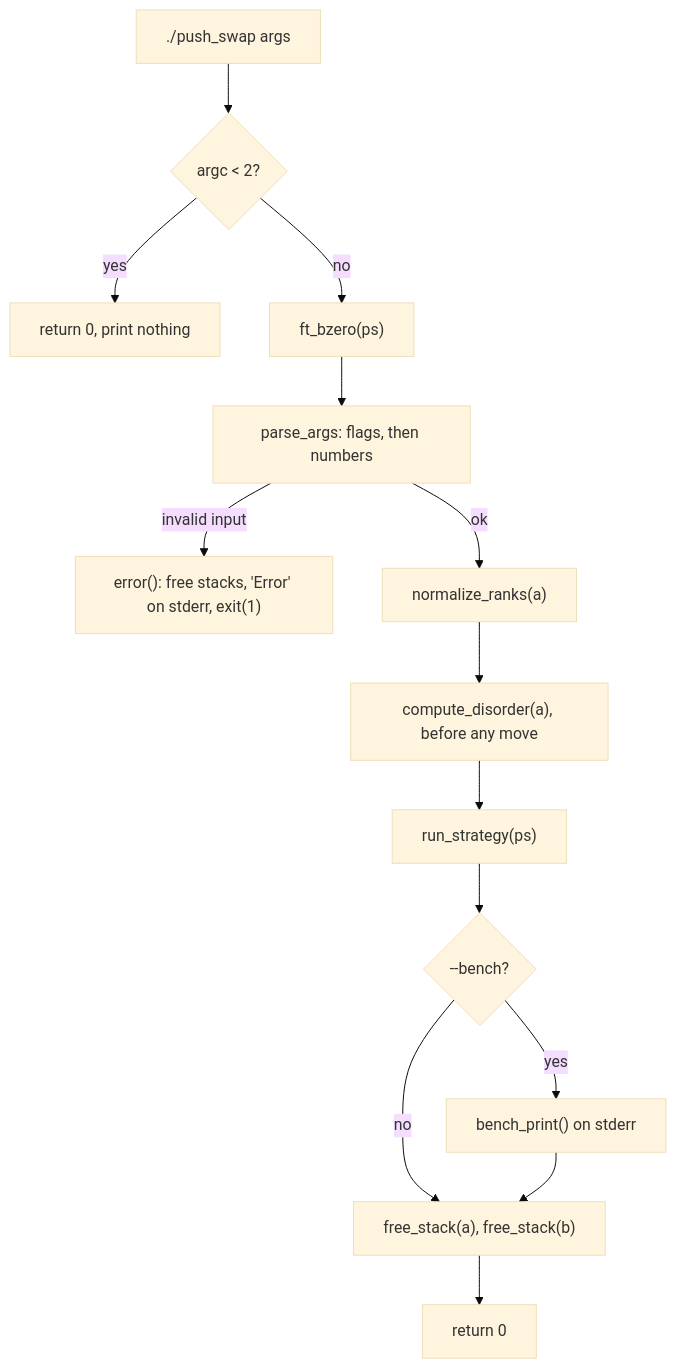
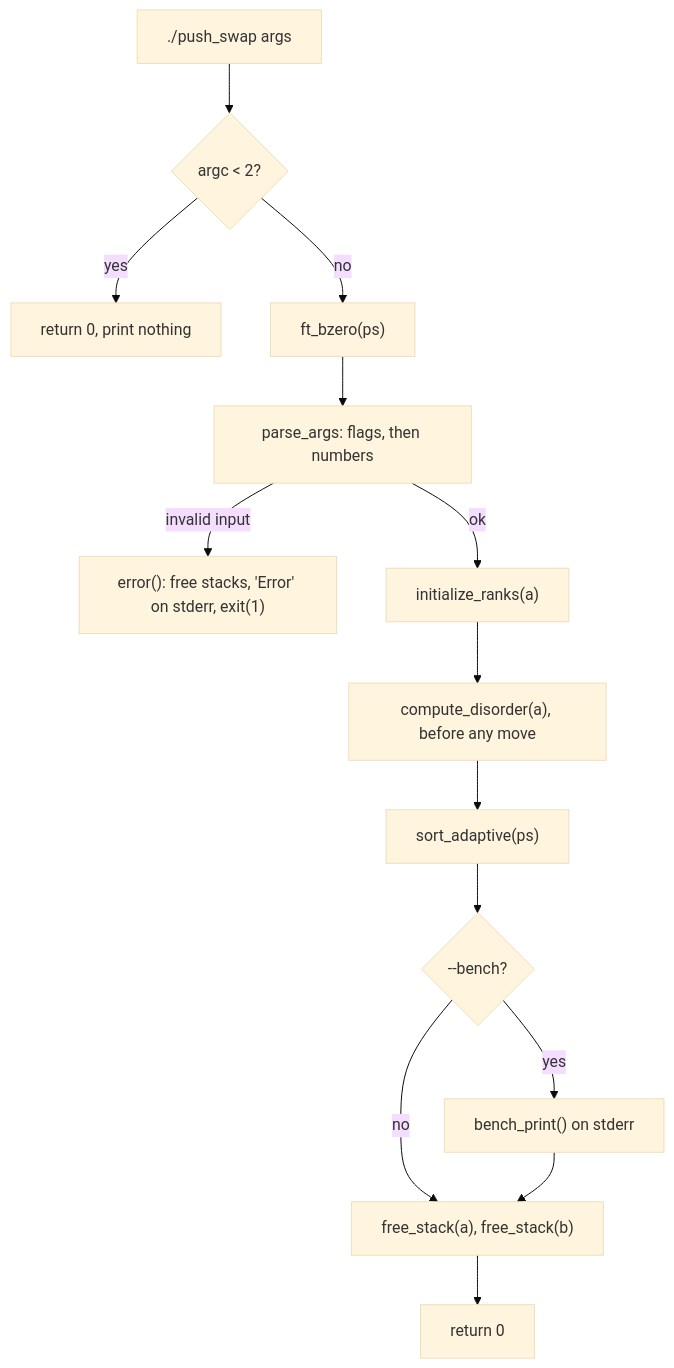
The second of 4 diagrams in milestone_3/push_swap/README.md (Huthifa-Alomari/42_common_core), drawn with Mermaid (base theme) before and after one commit. The commit also changed other lines of this file, not shown here.

````diff
--- a/milestone_3/push_swap/README.md
+++ b/milestone_3/push_swap/README.md
@@ -298,16 +297,16 @@
 ```mermaid
 flowchart TD
     A["./push_swap args"] --> B{"argc < 2?"}
     B -- yes --> Z0["return 0, print nothing"]
     B -- no --> C["ft_bzero(ps)"]
     C --> D["parse_args: flags, then numbers"]
     D -- invalid input --> E["error(): free stacks, 'Error' on stderr, exit(1)"]
-    D -- ok --> F["normalize_ranks(a)"]
+    D -- ok --> F["initialize_ranks(a)"]
     F --> G["compute_disorder(a), before any move"]
-    G --> H["run_strategy(ps)"]
+    G --> H["sort_adaptive(ps)"]
     H --> I{"--bench?"}
     I -- yes --> J["bench_print() on stderr"]
     I -- no --> K
     J --> K["free_stack(a), free_stack(b)"]
     K --> L["return 0"]
 ```
````
